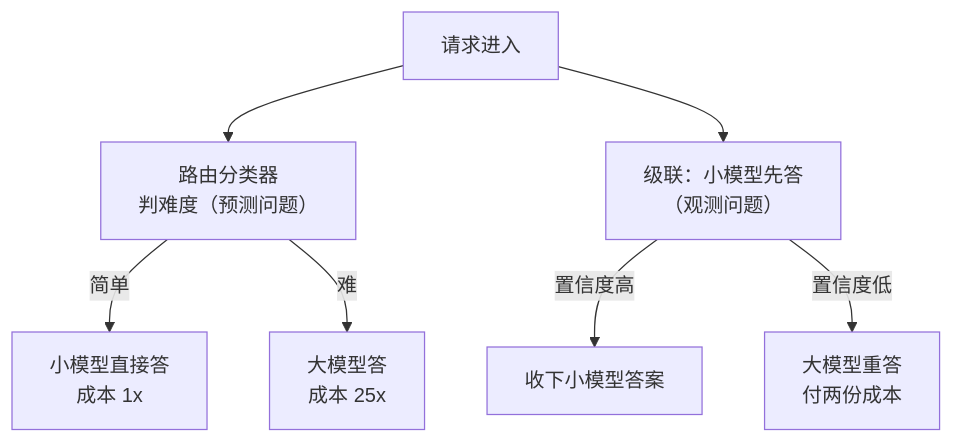
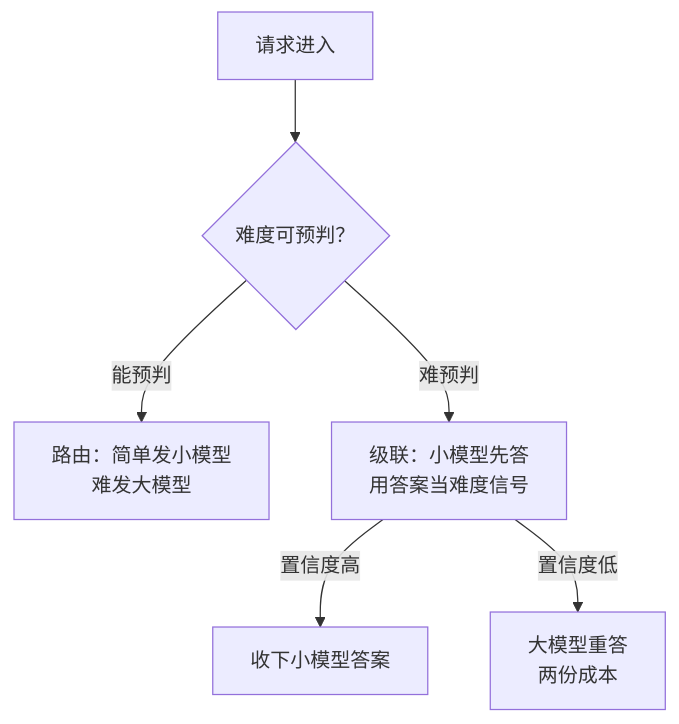
The diagram in vault/工程知识/AI 系统工程：从模型能力到生产能力/推理服务与平台/模型路由与级联：小模型过滤大模型兜底的省钱结构.md (hub138/technical-knowledge), drawn with Mermaid before and after one commit. The commit also changed other lines of this file and 622 other files, not shown here.

````diff
--- a/vault/工程知识/AI 系统工程：从模型能力到生产能力/推理服务与平台/模型路由与级联：小模型过滤大模型兜底的省钱结构.md
+++ b/vault/工程知识/AI 系统工程：从模型能力到生产能力/推理服务与平台/模型路由与级联：小模型过滤大模型兜底的省钱结构.md
@@ -35,9 +37,8 @@
 ```mermaid
 flowchart TD
-    Q["请求进入"] --> R["路由分类器<br/>判难度（预测问题）"]
-    R -->|"简单"| S["小模型直接答<br/>成本 1x"]
-    R -->|"难"| B["大模型答<br/>成本 25x"]
-    Q --> C["级联：小模型先答<br/>（观测问题）"]
-    C -->|"置信度高"| S2["收下小模型答案"]
-    C -->|"置信度低"| U["大模型重答<br/>付两份成本"]
+    Q["请求进入"] --> R{"难度可预判？"}
+    R -->|"能预判"| S3["路由：简单发小模型<br/>难发大模型"]
+    R -->|"难预判"| C["级联：小模型先答<br/>用答案当难度信号"]
+    C -->|"置信度高"| S["收下小模型答案"]
+    C -->|"置信度低"| U["大模型重答<br/>两份成本"]
 ```
````
